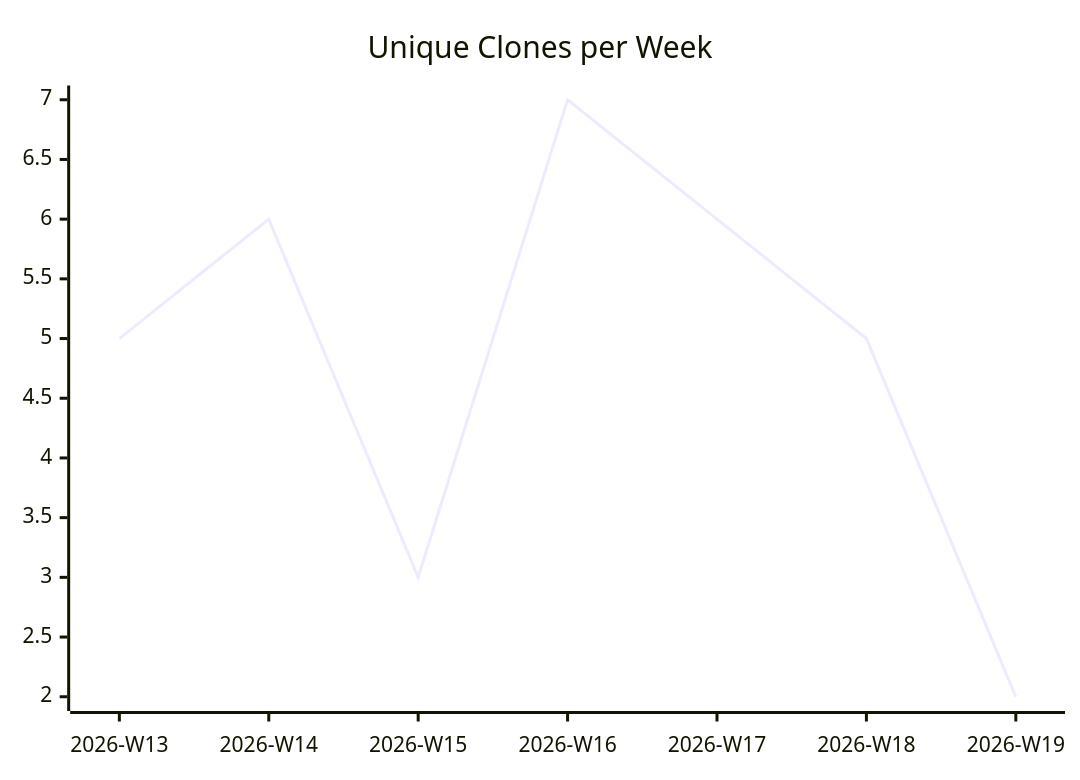
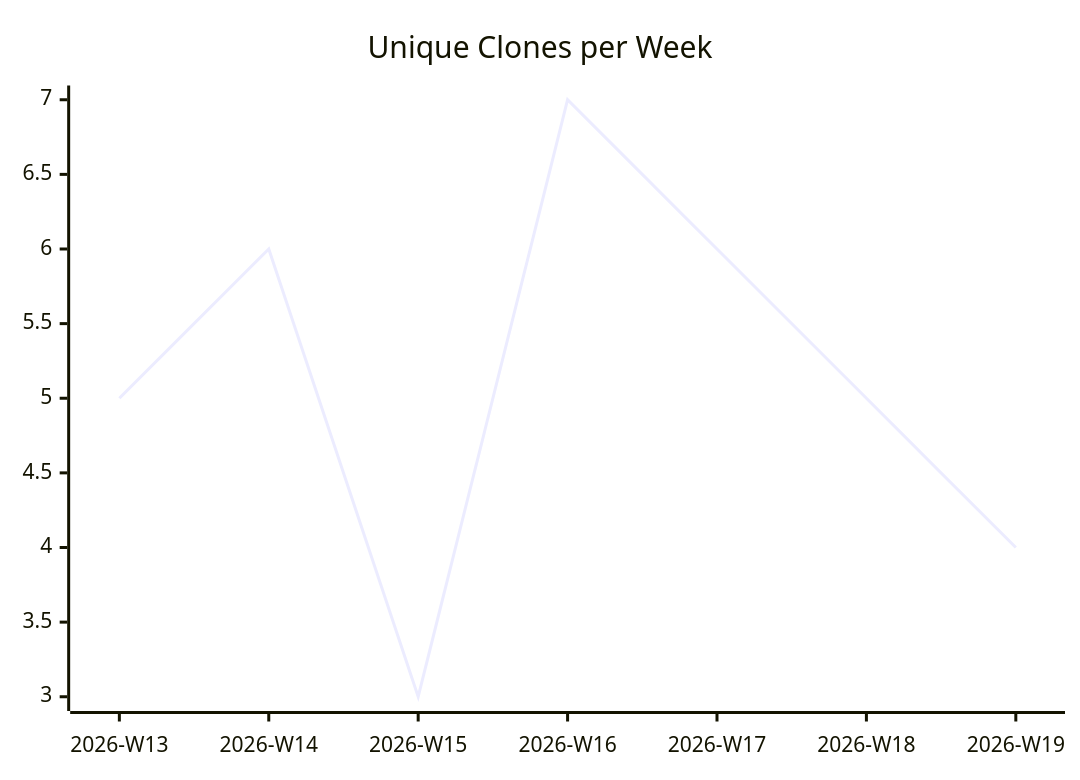
The third of 3 diagrams in karlmdavis/kxml2/README.md (justdavis-family/github-analytics-data), drawn with Mermaid before and after one commit. The commit also changed other lines of this file and 192 other files, not shown here.

````diff
--- a/karlmdavis/kxml2/README.md
+++ b/karlmdavis/kxml2/README.md
@@ -19,6 +19,6 @@
 ```mermaid
 xychart-beta
   title "Unique Clones per Week"
   x-axis ["2026-W13", "2026-W14", "2026-W15", "2026-W16", "2026-W17", "2026-W18", "2026-W19"]
-  line [5, 6, 3, 7, 6, 5, 2]
+  line [5, 6, 3, 7, 6, 5, 4]
 ```
````
